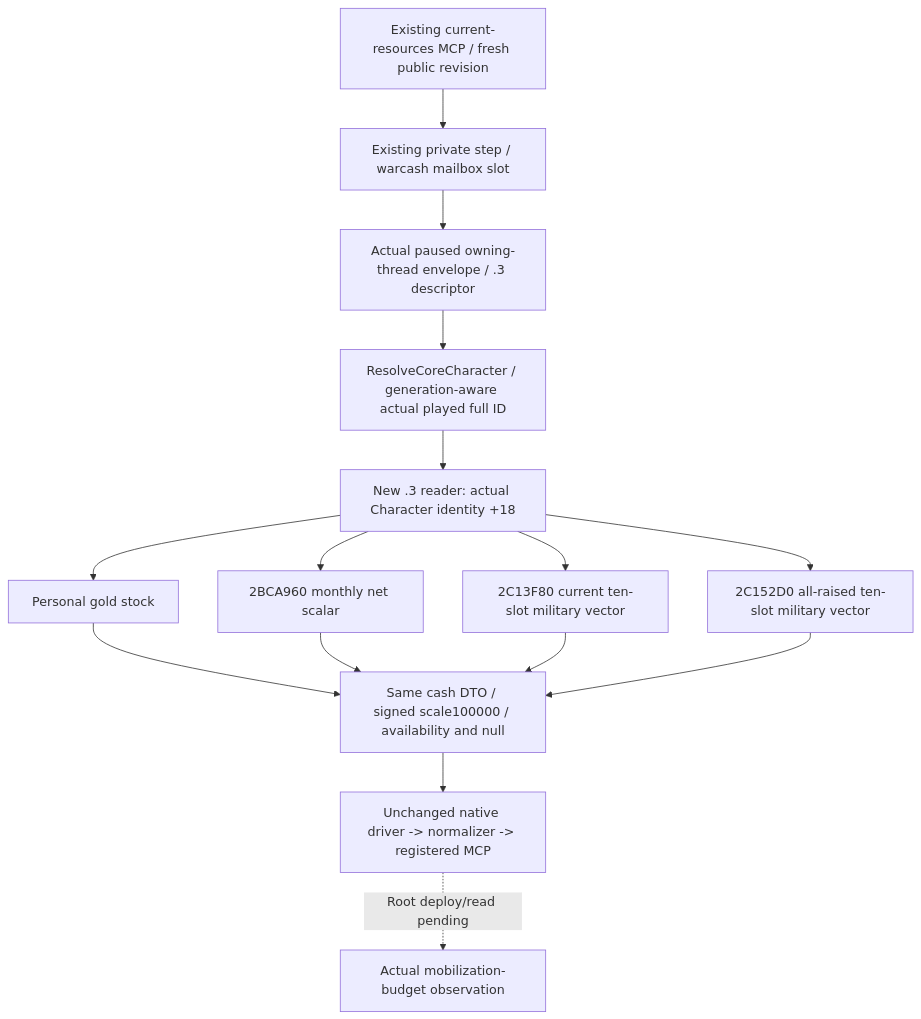
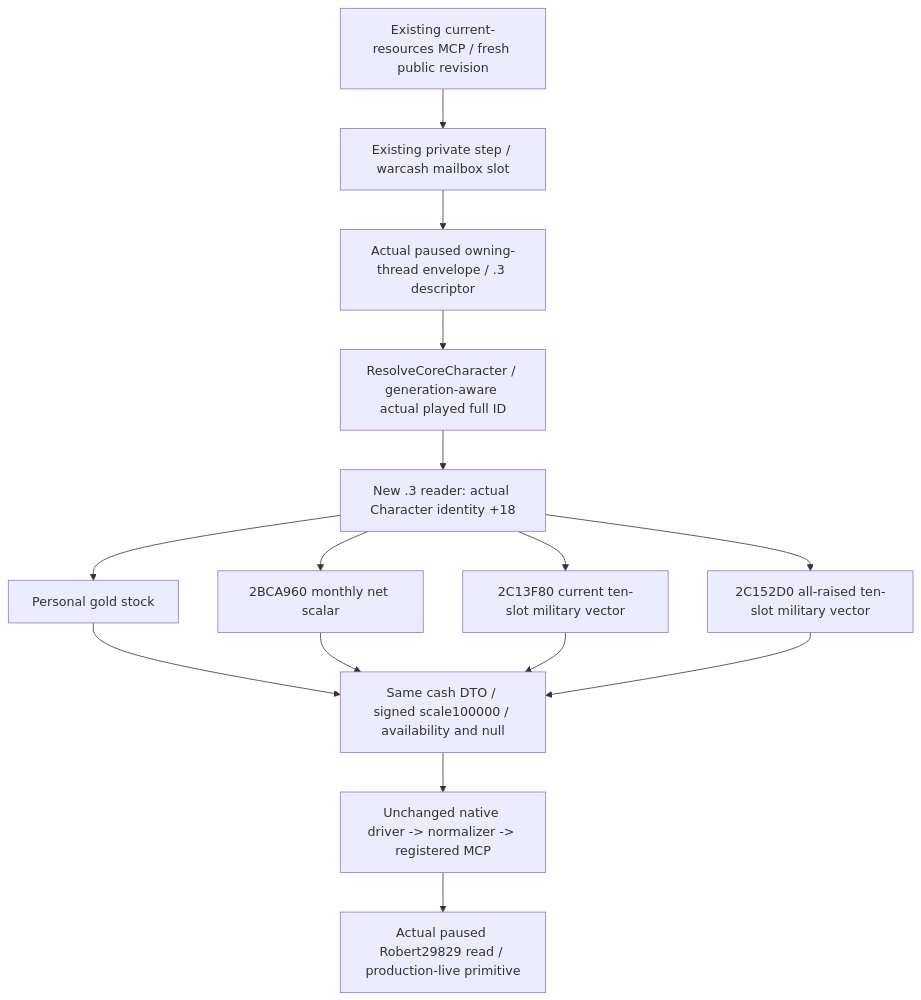
The diagram in docs/ck3-native-ai/war-cash-current-resources-12003.md (XenoAmess/ck3_eternal_recurrence), drawn with Mermaid before and after one commit. The commit also changed other lines of this file and 3 other files, not shown here.

````diff
--- a/docs/ck3-native-ai/war-cash-current-resources-12003.md
+++ b/docs/ck3-native-ai/war-cash-current-resources-12003.md
@@ -22,17 +22,17 @@
 ```mermaid
 flowchart TD
     MCP["Existing current-resources MCP / fresh public revision"] --> CMD["Existing private step / warcash mailbox slot"]
     CMD --> OWN["Actual paused owning-thread envelope / .3 descriptor"]
     OWN --> ACTOR["ResolveCoreCharacter / generation-aware actual played full ID"]
     ACTOR --> A["New .3 reader: actual Character identity +18"]
     A --> GOLD["Personal gold stock"]
     A --> NET["2BCA960 monthly net scalar"]
     A --> CUR["2C13F80 current ten-slot military vector"]
     A --> MAX["2C152D0 all-raised ten-slot military vector"]
     GOLD --> SER["Same cash DTO / signed scale100000 / availability and null"]
     NET --> SER
     CUR --> SER
     MAX --> SER
     SER --> PY["Unchanged native driver -> normalizer -> registered MCP"]
-    PY -. "Root deploy/read pending" .-> LIVE["Actual mobilization-budget observation"]
+    PY --> LIVE["Actual paused Robert29829 read / production-live primitive"]
 ```
````
